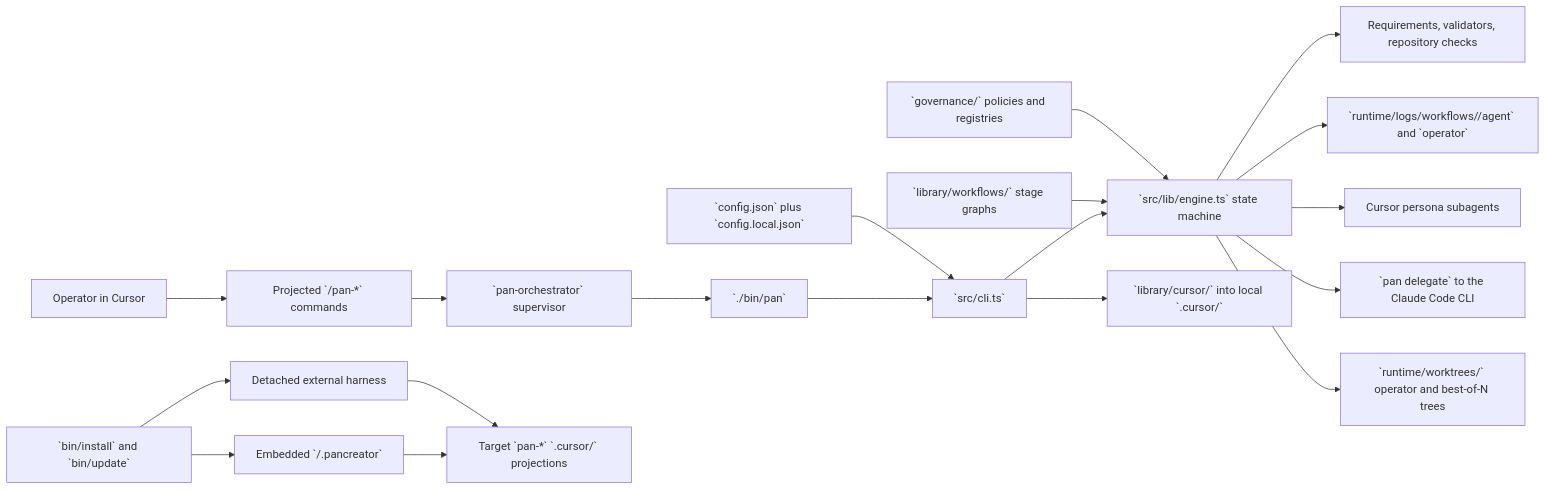
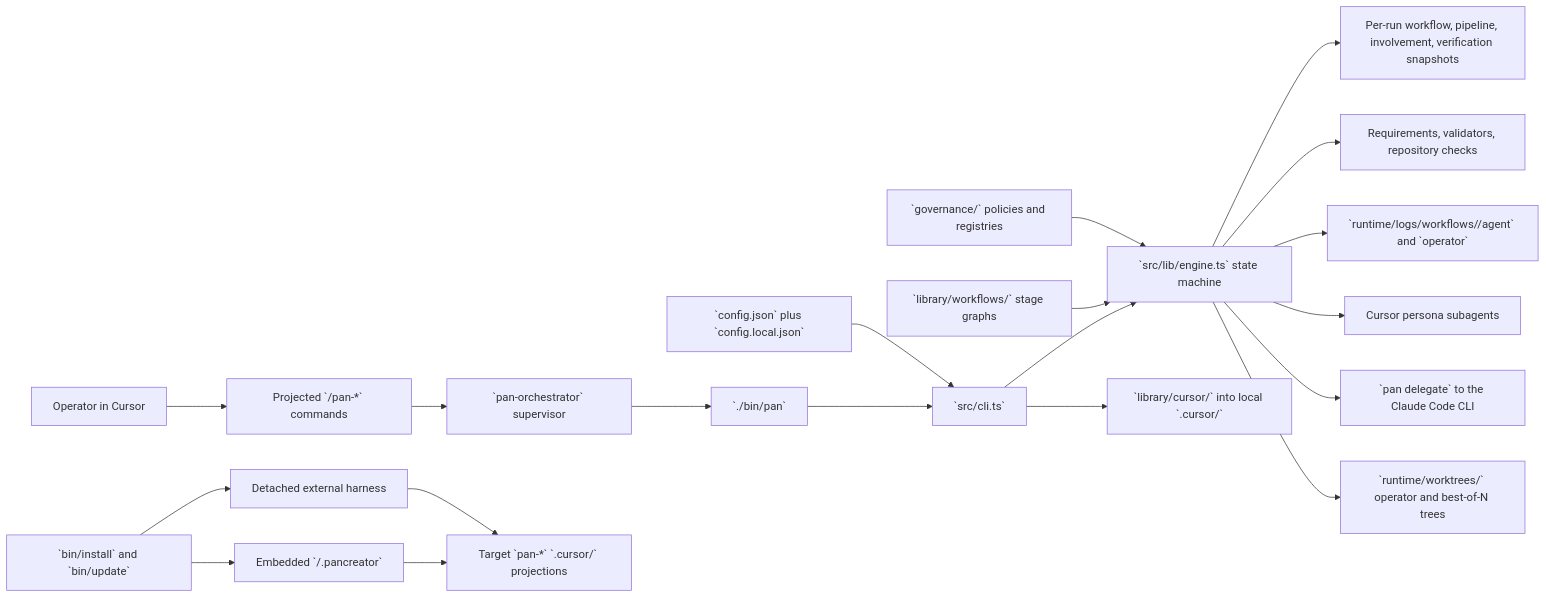
Before and after one commit to alenlukic/pancreator: the diagram in docs/target-repo-primer.md, drawn with Mermaid. The commit also changed other lines of this file and 67 other files, not shown here.

````diff
--- a/docs/target-repo-primer.md
+++ b/docs/target-repo-primer.md
@@ -54,21 +58,22 @@
 ```mermaid
 flowchart LR
   Operator[Operator in Cursor] --> Commands[Projected `/pan-*` commands]
   Commands --> Supervisor[`pan-orchestrator` supervisor]
   Supervisor --> Pan[`./bin/pan`]
   Pan --> CLI[`src/cli.ts`]
   CLI --> Engine[`src/lib/engine.ts` state machine]
   Config[`config.json` plus `config.local.json`] --> CLI
   Workflows[`library/workflows/` stage graphs] --> Engine
   Governance[`governance/` policies and registries] --> Engine
+  Engine --> Snapshots[Per-run workflow, pipeline, involvement, verification snapshots]
   Engine --> Requirements[Requirements, validators, repository checks]
   Engine --> Runtime[`runtime/logs/workflows/<run-id>/agent` and `operator`]
   Engine --> CursorWorkers[Cursor persona subagents]
   Engine --> External[`pan delegate` to the Claude Code CLI]
   Engine --> Worktrees[`runtime/worktrees/` operator and best-of-N trees]
   CLI --> Projection[`library/cursor/` into local `.cursor/`]
   Installer[`bin/install` and `bin/update`] --> Embedded[Embedded `<target>/.pancreator`]
   Installer --> Detached[Detached external harness]
   Embedded --> TargetCursor[Target `pan-*` `.cursor/` projections]
   Detached --> TargetCursor
 ```
````
